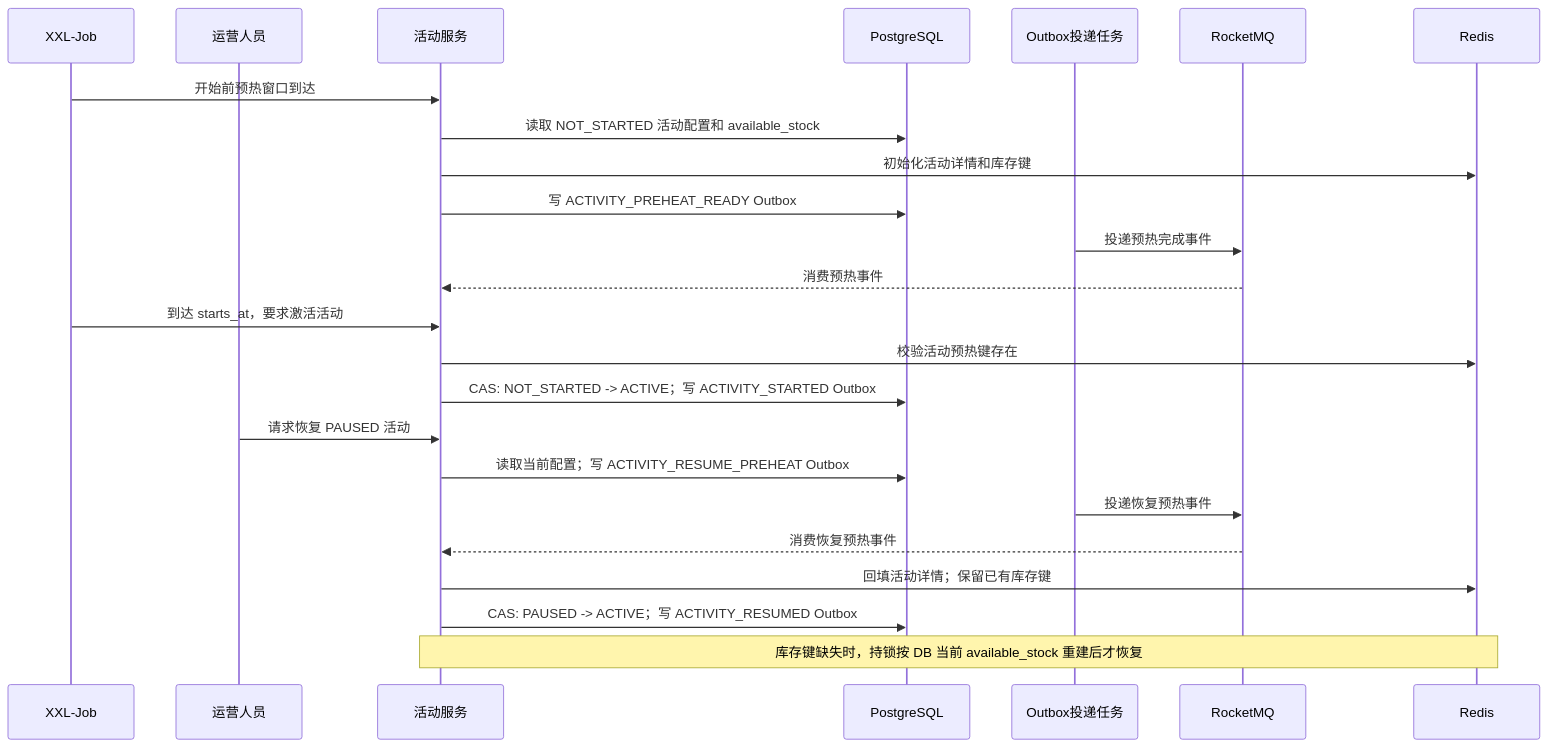
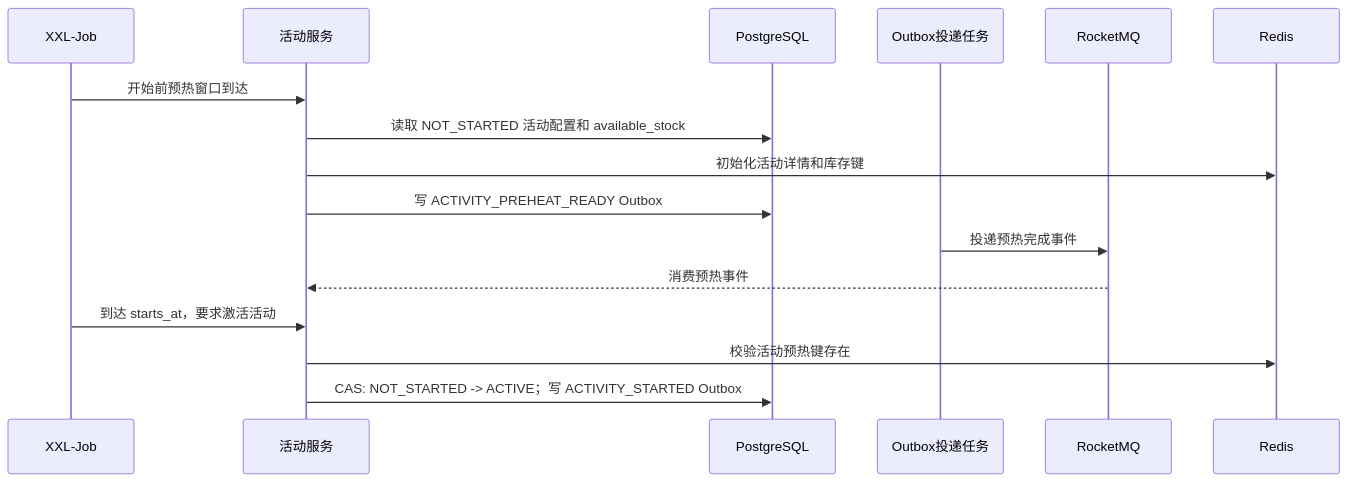
Before and after one commit to NyaRu-Kiss/FlashSale: the fifth of 12 diagrams in docs/sequence-design.md, drawn with Mermaid. The commit also changed other lines of this file and 4 other files, not shown here.

````diff
--- a/docs/sequence-design.md
+++ b/docs/sequence-design.md
@@ -122,28 +152,20 @@
 ```mermaid
 sequenceDiagram
     participant Scheduler as XXL-Job
-    participant Operator as 运营人员
     participant Activity as 活动服务
     participant DB as PostgreSQL
     participant Timer as Outbox投递任务
     participant MQ as RocketMQ
     participant Redis as Redis
 
     Scheduler->>Activity: 开始前预热窗口到达
     Activity->>DB: 读取 NOT_STARTED 活动配置和 available_stock
     Activity->>Redis: 初始化活动详情和库存键
     Activity->>DB: 写 ACTIVITY_PREHEAT_READY Outbox
     Timer->>MQ: 投递预热完成事件
     MQ-->>Activity: 消费预热事件
     Scheduler->>Activity: 到达 starts_at，要求激活活动
     Activity->>Redis: 校验活动预热键存在
     Activity->>DB: CAS: NOT_STARTED -> ACTIVE；写 ACTIVITY_STARTED Outbox
 
-    Operator->>Activity: 请求恢复 PAUSED 活动
-    Activity->>DB: 读取当前配置；写 ACTIVITY_RESUME_PREHEAT Outbox
-    Timer->>MQ: 投递恢复预热事件
-    MQ-->>Activity: 消费恢复预热事件
-    Activity->>Redis: 回填活动详情；保留已有库存键
-    Activity->>DB: CAS: PAUSED -> ACTIVE；写 ACTIVITY_RESUMED Outbox
-    Note over Activity,Redis: 库存键缺失时，持锁按 DB 当前 available_stock 重建后才恢复
 ```
````
